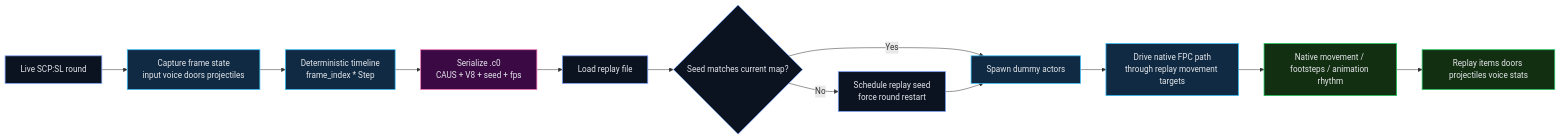
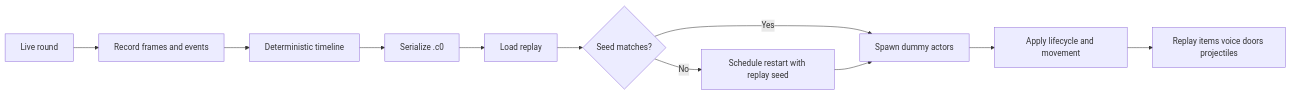
The diagram in README.md (jinshiqwq/Causality-0), drawn with Mermaid before and after one commit. The commit also changed other lines of this file and 4 other files, not shown here.

````diff
--- a/README.md
+++ b/README.md
@@ -136,24 +90,13 @@
 ```mermaid
 flowchart LR
-    A[Live SCP:SL round] --> B[Capture frame state<br/>input voice doors projectiles]
-    B --> C[Deterministic timeline<br/>frame_index * Step]
-    C --> D[Serialize .c0<br/>CAUS + V8 + seed + fps]
-    D --> E[Load replay file]
-    E --> F{Seed matches current map?}
-    F -- No --> G[Schedule replay seed<br/>force round restart]
+    A[Live round] --> B[Record frames and events]
+    B --> C[Deterministic timeline]
+    C --> D[Serialize .c0]
+    D --> E[Load replay]
+    E --> F{Seed matches?}
+    F -- No --> G[Schedule restart with replay seed]
     F -- Yes --> H[Spawn dummy actors]
     G --> H
-    H --> I[Drive native FPC path<br/>through replay movement targets]
-    I --> J[Native movement / footsteps / animation rhythm]
-    J --> K[Replay items doors projectiles voice stats]
-
-    classDef a fill:#0b1220,stroke:#7aa2f7,color:#e5e7eb,stroke-width:1.5px;
-    classDef b fill:#102a43,stroke:#38bdf8,color:#e5e7eb,stroke-width:1.5px;
-    classDef c fill:#132f12,stroke:#22c55e,color:#e5e7eb,stroke-width:1.5px;
-    classDef d fill:#3b0a45,stroke:#f472b6,color:#e5e7eb,stroke-width:1.5px;
-
-    class A,E,F,G a;
-    class B,C,H,I b;
-    class J,K c;
-    class D d;
+    H --> I[Apply lifecycle and movement]
+    I --> J[Replay items voice doors projectiles]
 ```
````
